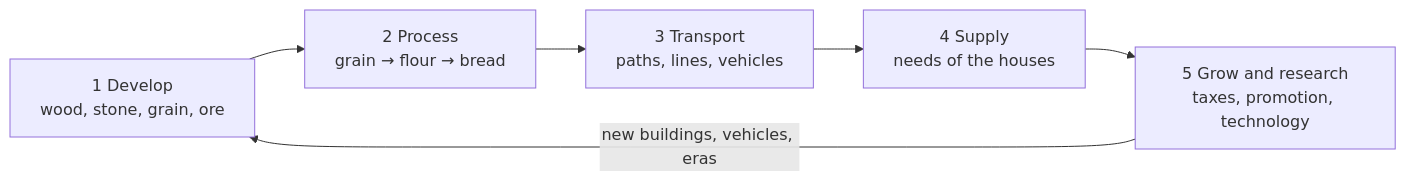
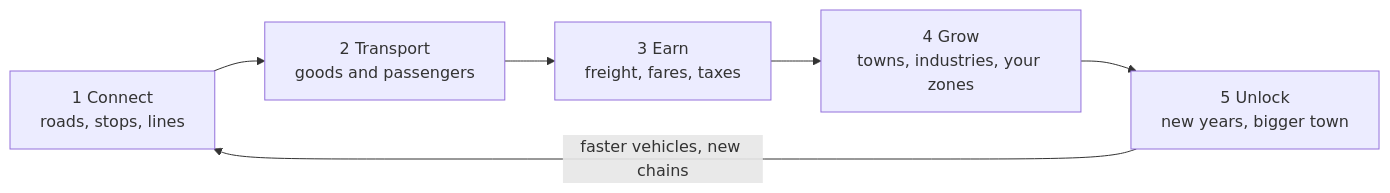
Before and after one commit to 502Proxy/EpochenDerWege: the diagram in docs/GameDesign.md, drawn with Mermaid. The commit also changed other lines of this file and 1 other file, not shown here.

First line of the commit message:
docs: game design v2 – transport company in a large region

````diff
--- a/docs/GameDesign.md
+++ b/docs/GameDesign.md
@@ -28,8 +34,8 @@
 ```mermaid
 flowchart LR
-    A["1 Develop<br/>wood, stone, grain, ore"] --> B["2 Process<br/>grain → flour → bread"]
-    B --> C["3 Transport<br/>paths, lines, vehicles"]
-    C --> D["4 Supply<br/>needs of the houses"]
-    D --> E["5 Grow and research<br/>taxes, promotion, technology"]
-    E -- "new buildings, vehicles, eras" --> A
+    A["1 Connect<br/>roads, stops, lines"] --> B["2 Transport<br/>goods and passengers"]
+    B --> C["3 Earn<br/>freight, fares, taxes"]
+    C --> D["4 Grow<br/>towns, industries, your zones"]
+    D --> E["5 Unlock<br/>new years, bigger town"]
+    E -- "faster vehicles, new chains" --> A
 ```
````
